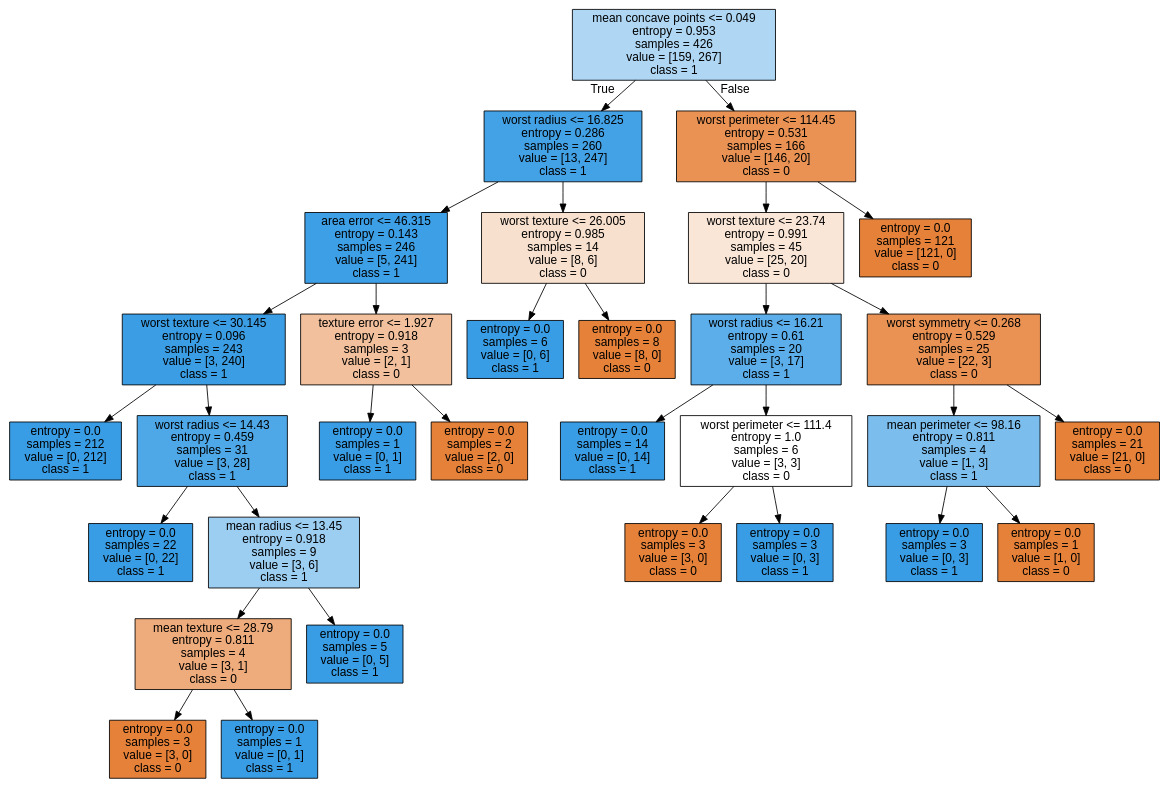
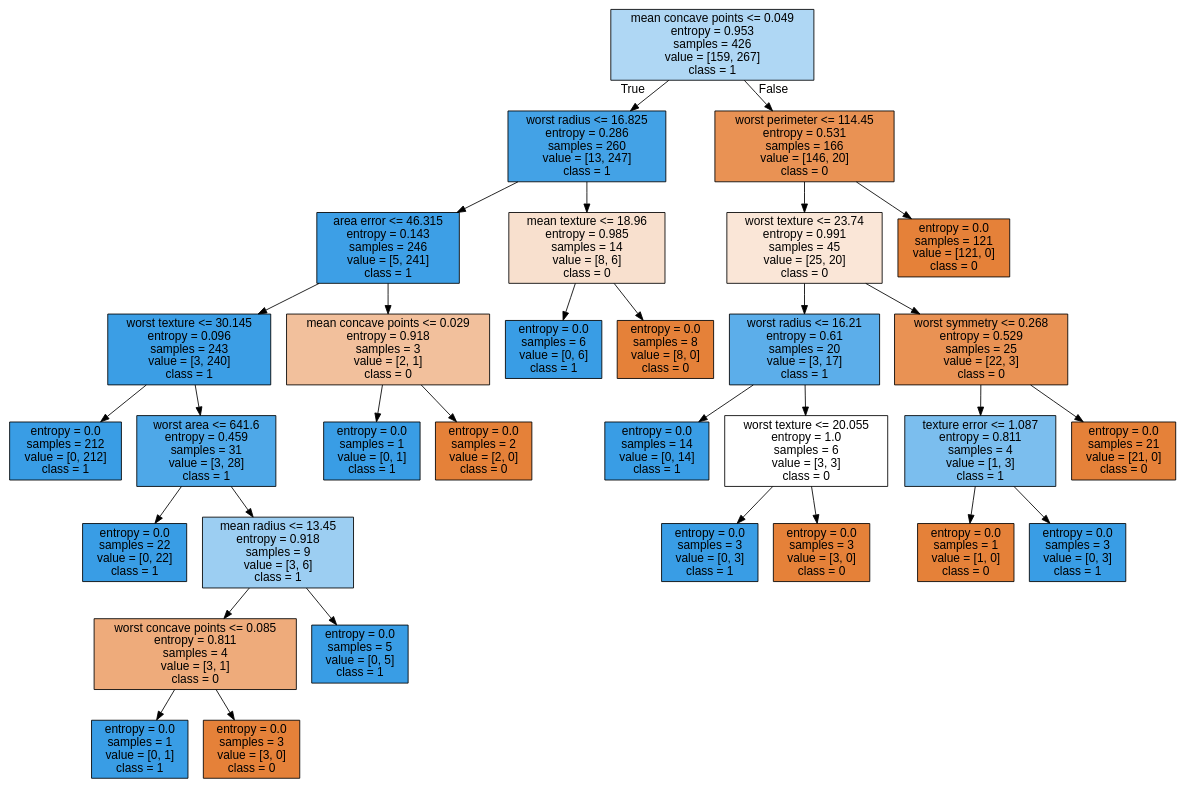
One commit to SidhST12/Intro_to_Machine_Learning_Student_Workbooks changed the diagram in tree.dot. Above: the diagram before and after it, drawn with Graphviz. The commit also changed 1 other file, not shown here.

```diff
--- a/tree.dot
+++ b/tree.dot
@@ -1,65 +1,65 @@
 digraph Tree {
 node [shape=box, style="filled", color="black", fontname="helvetica"] ;
 edge [fontname="helvetica"] ;
 0 [label="mean concave points <= 0.049\nentropy = 0.953\nsamples = 426\nvalue = [159, 267]\nclass = 1", fillcolor="#afd7f4"] ;
 1 [label="worst radius <= 16.825\nentropy = 0.286\nsamples = 260\nvalue = [13, 247]\nclass = 1", fillcolor="#43a2e6"] ;
 0 -> 1 [labeldistance=2.5, labelangle=45, headlabel="True"] ;
 2 [label="area error <= 46.315\nentropy = 0.143\nsamples = 246\nvalue = [5, 241]\nclass = 1", fillcolor="#3d9fe6"] ;
 1 -> 2 ;
 3 [label="worst texture <= 30.145\nentropy = 0.096\nsamples = 243\nvalue = [3, 240]\nclass = 1", fillcolor="#3b9ee5"] ;
 2 -> 3 ;
 4 [label="entropy = 0.0\nsamples = 212\nvalue = [0, 212]\nclass = 1", fillcolor="#399de5"] ;
 3 -> 4 ;
-5 [label="worst radius <= 14.43\nentropy = 0.459\nsamples = 31\nvalue = [3, 28]\nclass = 1", fillcolor="#4ea8e8"] ;
+5 [label="worst area <= 641.6\nentropy = 0.459\nsamples = 31\nvalue = [3, 28]\nclass = 1", fillcolor="#4ea8e8"] ;
 3 -> 5 ;
 6 [label="entropy = 0.0\nsamples = 22\nvalue = [0, 22]\nclass = 1", fillcolor="#399de5"] ;
 5 -> 6 ;
 7 [label="mean radius <= 13.45\nentropy = 0.918\nsamples = 9\nvalue = [3, 6]\nclass = 1", fillcolor="#9ccef2"] ;
 5 -> 7 ;
-8 [label="mean texture <= 28.79\nentropy = 0.811\nsamples = 4\nvalue = [3, 1]\nclass = 0", fillcolor="#eeab7b"] ;
+8 [label="worst concave points <= 0.085\nentropy = 0.811\nsamples = 4\nvalue = [3, 1]\nclass = 0", fillcolor="#eeab7b"] ;
 7 -> 8 ;
-9 [label="entropy = 0.0\nsamples = 3\nvalue = [3, 0]\nclass = 0", fillcolor="#e58139"] ;
+9 [label="entropy = 0.0\nsamples = 1\nvalue = [0, 1]\nclass = 1", fillcolor="#399de5"] ;
 8 -> 9 ;
-10 [label="entropy = 0.0\nsamples = 1\nvalue = [0, 1]\nclass = 1", fillcolor="#399de5"] ;
+10 [label="entropy = 0.0\nsamples = 3\nvalue = [3, 0]\nclass = 0", fillcolor="#e58139"] ;
 8 -> 10 ;
 11 [label="entropy = 0.0\nsamples = 5\nvalue = [0, 5]\nclass = 1", fillcolor="#399de5"] ;
 7 -> 11 ;
-12 [label="texture error <= 1.927\nentropy = 0.918\nsamples = 3\nvalue = [2, 1]\nclass = 0", fillcolor="#f2c09c"] ;
+12 [label="mean concave points <= 0.029\nentropy = 0.918\nsamples = 3\nvalue = [2, 1]\nclass = 0", fillcolor="#f2c09c"] ;
 2 -> 12 ;
 13 [label="entropy = 0.0\nsamples = 1\nvalue = [0, 1]\nclass = 1", fillcolor="#399de5"] ;
 12 -> 13 ;
 14 [label="entropy = 0.0\nsamples = 2\nvalue = [2, 0]\nclass = 0", fillcolor="#e58139"] ;
 12 -> 14 ;
-15 [label="worst texture <= 26.005\nentropy = 0.985\nsamples = 14\nvalue = [8, 6]\nclass = 0", fillcolor="#f8e0ce"] ;
+15 [label="mean texture <= 18.96\nentropy = 0.985\nsamples = 14\nvalue = [8, 6]\nclass = 0", fillcolor="#f8e0ce"] ;
 1 -> 15 ;
 16 [label="entropy = 0.0\nsamples = 6\nvalue = [0, 6]\nclass = 1", fillcolor="#399de5"] ;
 15 -> 16 ;
 17 [label="entropy = 0.0\nsamples = 8\nvalue = [8, 0]\nclass = 0", fillcolor="#e58139"] ;
 15 -> 17 ;
 18 [label="worst perimeter <= 114.45\nentropy = 0.531\nsamples = 166\nvalue = [146, 20]\nclass = 0", fillcolor="#e99254"] ;
 0 -> 18 [labeldistance=2.5, labelangle=-45, headlabel="False"] ;
 19 [label="worst texture <= 23.74\nentropy = 0.991\nsamples = 45\nvalue = [25, 20]\nclass = 0", fillcolor="#fae6d7"] ;
 18 -> 19 ;
 20 [label="worst radius <= 16.21\nentropy = 0.61\nsamples = 20\nvalue = [3, 17]\nclass = 1", fillcolor="#5caeea"] ;
 19 -> 20 ;
 21 [label="entropy = 0.0\nsamples = 14\nvalue = [0, 14]\nclass = 1", fillcolor="#399de5"] ;
 20 -> 21 ;
-22 [label="worst perimeter <= 111.4\nentropy = 1.0\nsamples = 6\nvalue = [3, 3]\nclass = 0", fillcolor="#ffffff"] ;
+22 [label="worst texture <= 20.055\nentropy = 1.0\nsamples = 6\nvalue = [3, 3]\nclass = 0", fillcolor="#ffffff"] ;
 20 -> 22 ;
-23 [label="entropy = 0.0\nsamples = 3\nvalue = [3, 0]\nclass = 0", fillcolor="#e58139"] ;
+23 [label="entropy = 0.0\nsamples = 3\nvalue = [0, 3]\nclass = 1", fillcolor="#399de5"] ;
 22 -> 23 ;
-24 [label="entropy = 0.0\nsamples = 3\nvalue = [0, 3]\nclass = 1", fillcolor="#399de5"] ;
+24 [label="entropy = 0.0\nsamples = 3\nvalue = [3, 0]\nclass = 0", fillcolor="#e58139"] ;
 22 -> 24 ;
 25 [label="worst symmetry <= 0.268\nentropy = 0.529\nsamples = 25\nvalue = [22, 3]\nclass = 0", fillcolor="#e99254"] ;
 19 -> 25 ;
-26 [label="mean perimeter <= 98.16\nentropy = 0.811\nsamples = 4\nvalue = [1, 3]\nclass = 1", fillcolor="#7bbeee"] ;
+26 [label="texture error <= 1.087\nentropy = 0.811\nsamples = 4\nvalue = [1, 3]\nclass = 1", fillcolor="#7bbeee"] ;
 25 -> 26 ;
-27 [label="entropy = 0.0\nsamples = 3\nvalue = [0, 3]\nclass = 1", fillcolor="#399de5"] ;
+27 [label="entropy = 0.0\nsamples = 1\nvalue = [1, 0]\nclass = 0", fillcolor="#e58139"] ;
 26 -> 27 ;
-28 [label="entropy = 0.0\nsamples = 1\nvalue = [1, 0]\nclass = 0", fillcolor="#e58139"] ;
+28 [label="entropy = 0.0\nsamples = 3\nvalue = [0, 3]\nclass = 1", fillcolor="#399de5"] ;
 26 -> 28 ;
 29 [label="entropy = 0.0\nsamples = 21\nvalue = [21, 0]\nclass = 0", fillcolor="#e58139"] ;
 25 -> 29 ;
 30 [label="entropy = 0.0\nsamples = 121\nvalue = [121, 0]\nclass = 0", fillcolor="#e58139"] ;
 18 -> 30 ;
 }
```
